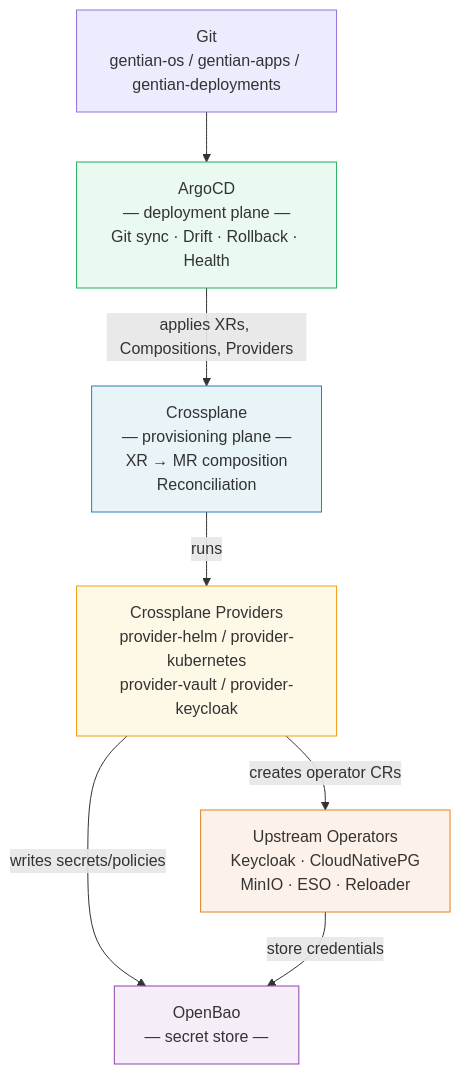
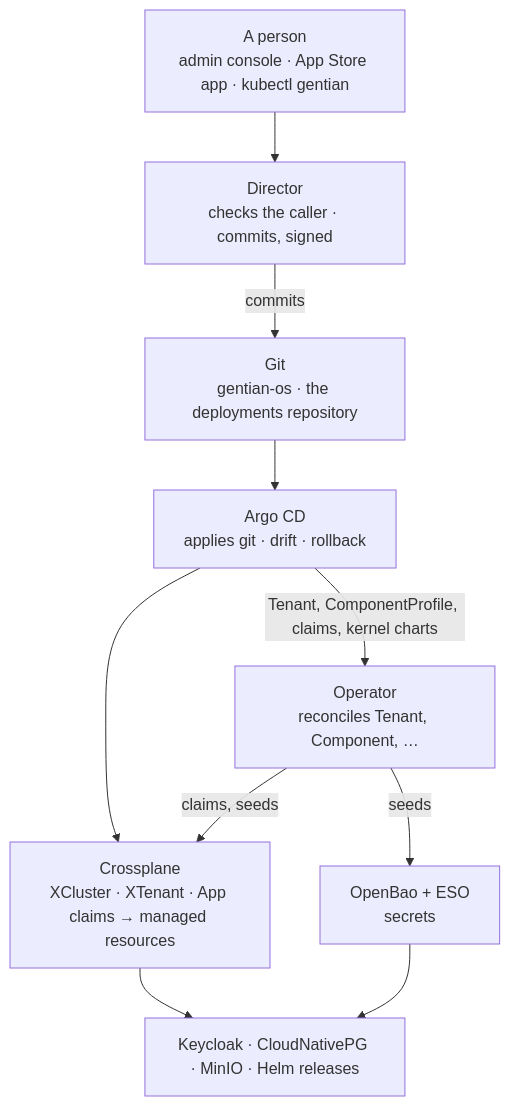
The first of 2 diagrams in docs/architecture.md (gentian-org/gentian-os), drawn with Mermaid before and after one commit. The commit also changed other lines of this file and 27 other files, not shown here.

````diff
--- a/docs/architecture.md
+++ b/docs/architecture.md
@@ -63,22 +59,21 @@
 ```mermaid
 graph TD
-    GIT[Git<br/>gentian-os / gentian-apps / gentian-deployments]
-    AC[ArgoCD<br/>— deployment plane —<br/>Git sync · Drift · Rollback · Health]
-    XP[Crossplane<br/>— provisioning plane —<br/>XR → MR composition<br/>Reconciliation]
-    PROV[Crossplane Providers<br/>provider-helm / provider-kubernetes<br/>provider-vault / provider-keycloak]
-    OB[OpenBao<br/>— secret store —]
-    OP[Upstream Operators<br/>Keycloak · CloudNativePG<br/>MinIO · ESO · Reloader]
+    P[A person<br/>admin console · App Store app · kubectl gentian]
+    DIR[Director<br/>checks the caller · commits, signed]
+    GIT[Git<br/>gentian-os · the deployments repository]
+    AC[Argo CD<br/>applies git · drift · rollback]
+    OP[Operator<br/>reconciles Tenant, Component, …]
+    XP[Crossplane<br/>XCluster · XTenant · App claims → managed resources]
+    OB[OpenBao + ESO<br/>secrets]
+    UP[Keycloak · CloudNativePG · MinIO · Helm releases]
 
+    P --> DIR
+    DIR -- commits --> GIT
     GIT --> AC
-    AC -- applies XRs, Compositions, Providers --> XP
-    XP -- runs --> PROV
-    PROV -- writes secrets/policies --> OB
-    PROV -- creates operator CRs --> OP
-    OP -- store credentials --> OB
-
-    style XP fill:#e8f4f8,stroke:#2980b9
-    style AC fill:#eafaf1,stroke:#27ae60
-    style OB fill:#f5eef8,stroke:#8e44ad
-    style OP fill:#fdf2e9,stroke:#e67e22
-    style PROV fill:#fef9e7,stroke:#f39c12
+    AC -- Tenant, ComponentProfile, claims, kernel charts --> OP
+    AC --> XP
+    OP -- claims, seeds --> XP
+    OP -- seeds --> OB
+    XP --> UP
+    OB --> UP
 ```
````
